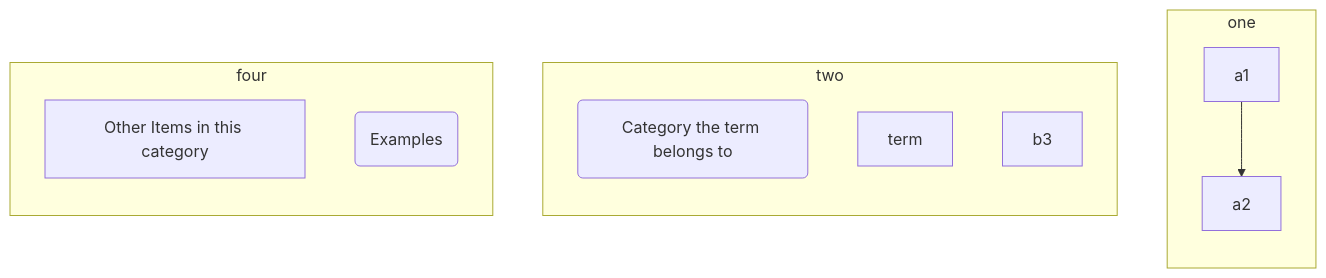
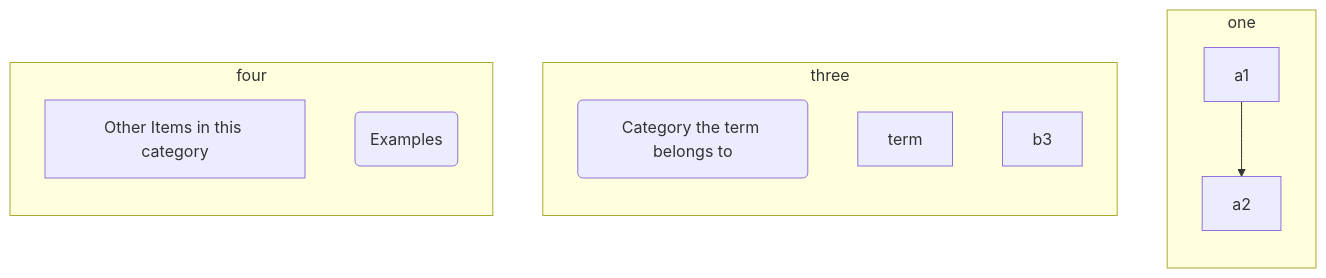
Before and after one commit to gerbssusd/dok: the diagram in slides.md, drawn with Mermaid.

````diff
--- a/slides.md
+++ b/slides.md
@@ -217,24 +217,24 @@
 ```mermaid
 flowchart TB
     subgraph one 
      direction TB
     a1-->a2
      end
-    subgraph two
+    subgraph three
       direction TB
         b1(Category the term belongs to)
         b2[term]
         b3 
         end
     subgraph four
       direction TB
     c1[Other Items in this category] 
     c2(Examples)
     end
 
 
 
 
 
 
 ```
````
